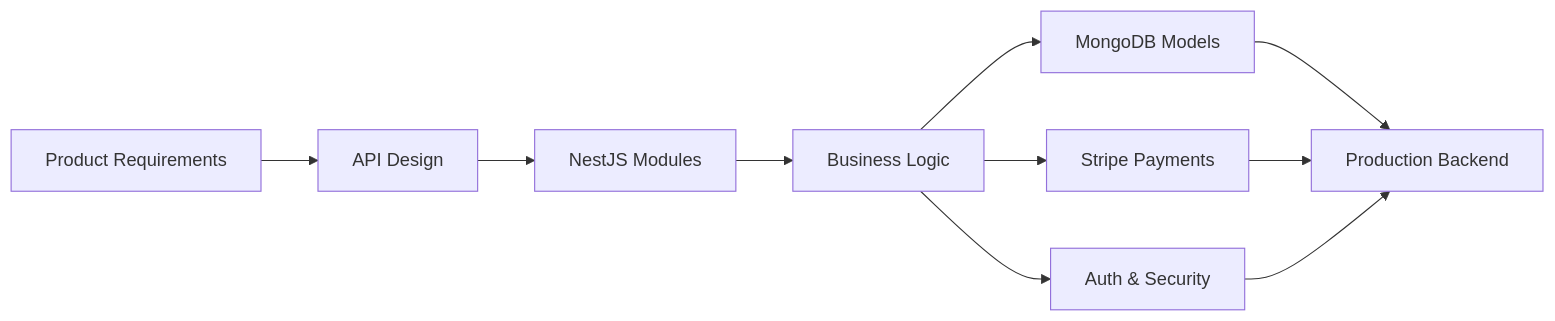
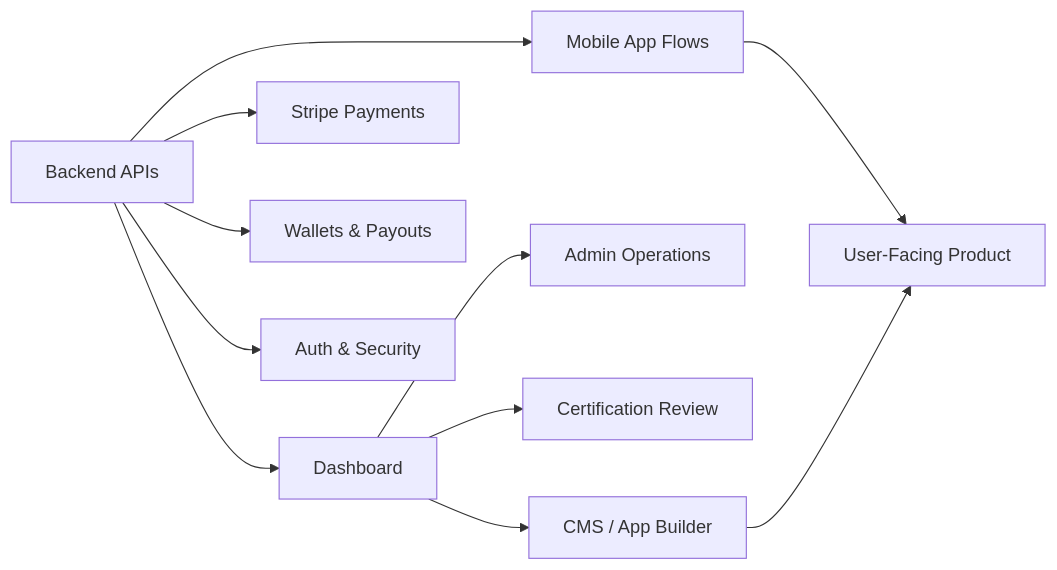
One commit to Farouk-chtioui/Farouk-chtioui changed the diagram in README.md. Above: the diagram before and after it, drawn with Mermaid. The commit also changed other lines of this file, not shown here.

````diff
--- a/README.md
+++ b/README.md
@@ -66,12 +65,13 @@
 ```mermaid
 flowchart LR
-    A[Product Requirements] --> B[API Design]
-    B --> C[NestJS Modules]
-    C --> D[Business Logic]
-    D --> E[MongoDB Models]
-    D --> F[Stripe Payments]
-    D --> G[Auth & Security]
-    E --> H[Production Backend]
-    F --> H
-    G --> H
+    A[Backend APIs] --> B[Dashboard]
+    A --> C[Mobile App Flows]
+    B --> D[Admin Operations]
+    B --> E[Certification Review]
+    B --> F[CMS / App Builder]
+    A --> G[Stripe Payments]
+    A --> H[Wallets & Payouts]
+    A --> I[Auth & Security]
+    C --> J[User-Facing Product]
+    F --> J
 ```
````
